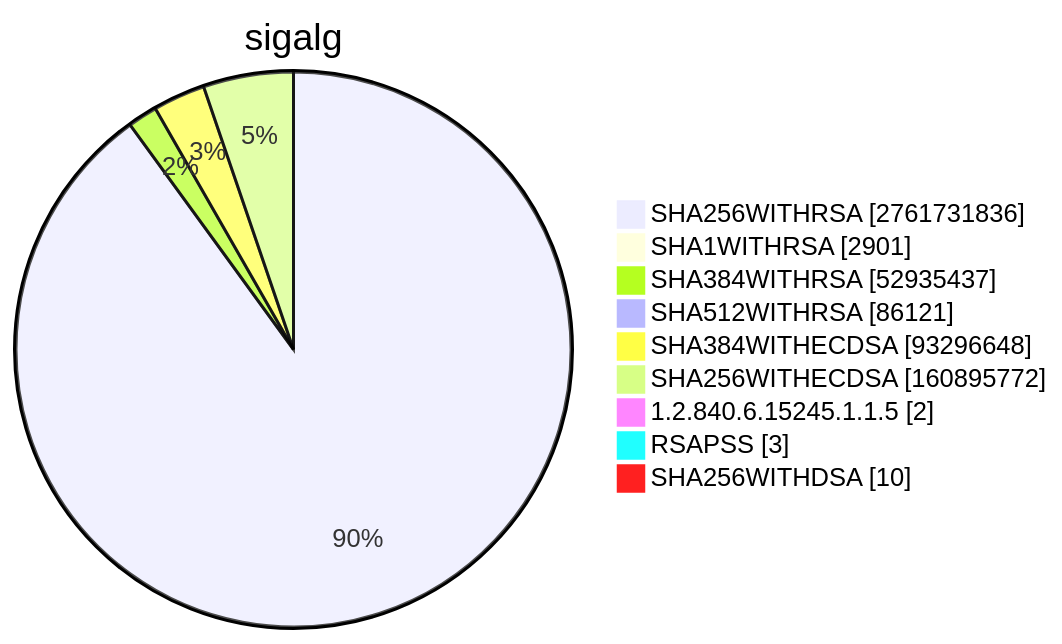
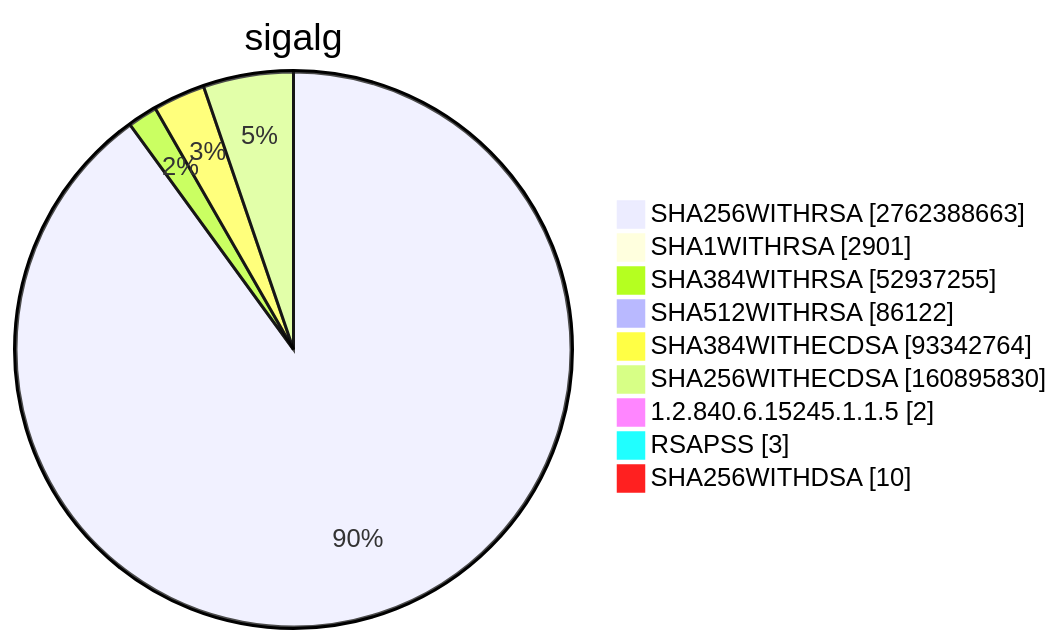
Diagram 15 of 15 in TOTAL/README.md (christiankrug/ctmonitor_visualization), drawn with Mermaid before and after one commit. The commit also changed other lines of this file, not shown here.

````diff
--- a/TOTAL/README.md
+++ b/TOTAL/README.md
@@ -6207,13 +6207,13 @@
 ```mermaid
 pie showData
 title sigalg
-"SHA256WITHRSA" :2761731836
+"SHA256WITHRSA" :2762388663
 "SHA1WITHRSA" :2901
-"SHA384WITHRSA" :52935437
-"SHA512WITHRSA" :86121
-"SHA384WITHECDSA" :93296648
-"SHA256WITHECDSA" :160895772
+"SHA384WITHRSA" :52937255
+"SHA512WITHRSA" :86122
+"SHA384WITHECDSA" :93342764
+"SHA256WITHECDSA" :160895830
 "1.2.840.6.15245.1.1.5" :2
 "RSAPSS" :3
 "SHA256WITHDSA" :10
 ```
````
